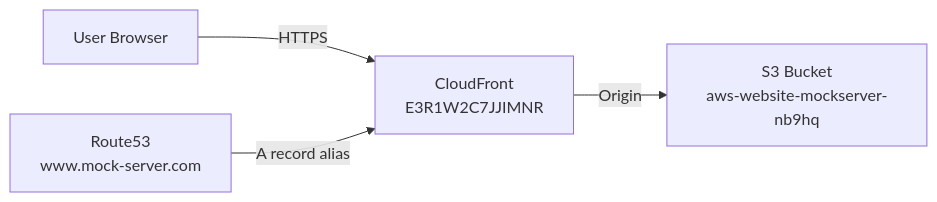
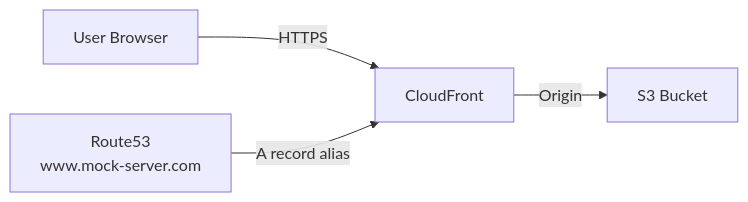
Before and after one commit to mock-server/mockserver: the fifth of 5 diagrams in docs/infrastructure/aws-infrastructure.md, drawn with Mermaid. The commit also changed other lines of this file and 14 other files, not shown here.

````diff
--- a/docs/infrastructure/aws-infrastructure.md
+++ b/docs/infrastructure/aws-infrastructure.md
@@ -321,6 +328,6 @@
 ```mermaid
 flowchart LR
-    USER[User Browser] -->|HTTPS| CF[CloudFront<br/>E3R1W2C7JJIMNR]
-    CF -->|Origin| S3[S3 Bucket<br/>aws-website-mockserver-nb9hq]
+    USER[User Browser] -->|HTTPS| CF[CloudFront]
+    CF -->|Origin| S3[S3 Bucket]
     DNS[Route53<br/>www.mock-server.com] -->|A record alias| CF
 ```
````
